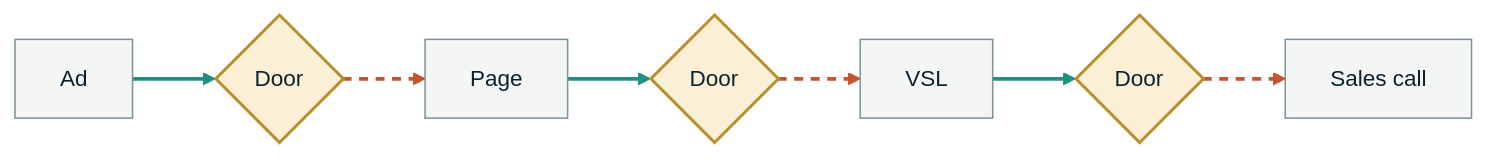
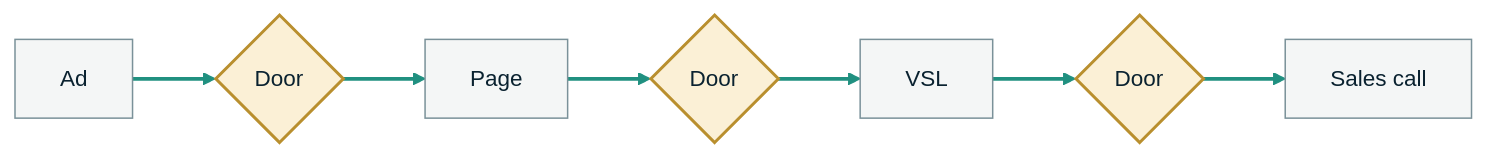
Before and after one commit to Joburn-ai/slidev-webinars: the fifth of 6 diagrams in internal/roadmap_thesis_2026_08_03/gates.md, drawn with Mermaid. The commit also changed other lines of this file and 4 other files, not shown here.

First line of the commit message:
feat(deck): The Roadmap Thesis -- five section files built and QC'd in parallel

````diff
--- a/internal/roadmap_thesis_2026_08_03/gates.md
+++ b/internal/roadmap_thesis_2026_08_03/gates.md
@@ -530,26 +559,25 @@
 ```mermaid
 ---
 config:
   theme: base
   themeVariables: {background: "#ffffff", edgeLabelBackground: "#ffffff", fontSize: "15px", lineColor: "#5C7078"}
   flowchart: {curve: linear, nodeSpacing: 40, rankSpacing: 55}
 ---
 flowchart LR
   A["Ad"]:::proc
   D1{"Door"}:::gate
   B["Page"]:::proc
   D2{"Door"}:::gate
   C["VSL"]:::proc
   D3{"Door"}:::gate
   E["Sales call"]:::proc
   A --> D1
   D1 --> B
   B --> D2
   D2 --> C
   C --> D3
   D3 --> E
   classDef gate fill:#FBF0D6,stroke:#B98F2E,stroke-width:2px,color:#0A2230
   classDef proc fill:#F4F6F6,stroke:#7A9199,stroke-width:1px,color:#0A2230
-  linkStyle 0,2,4 stroke:#209080,stroke-width:2.5px
-  linkStyle 1,3,5 stroke:#C4552F,stroke-width:2.5px,stroke-dasharray:6 5
+  linkStyle 0,1,2,3,4,5 stroke:#209080,stroke-width:2.5px
 ```
````
